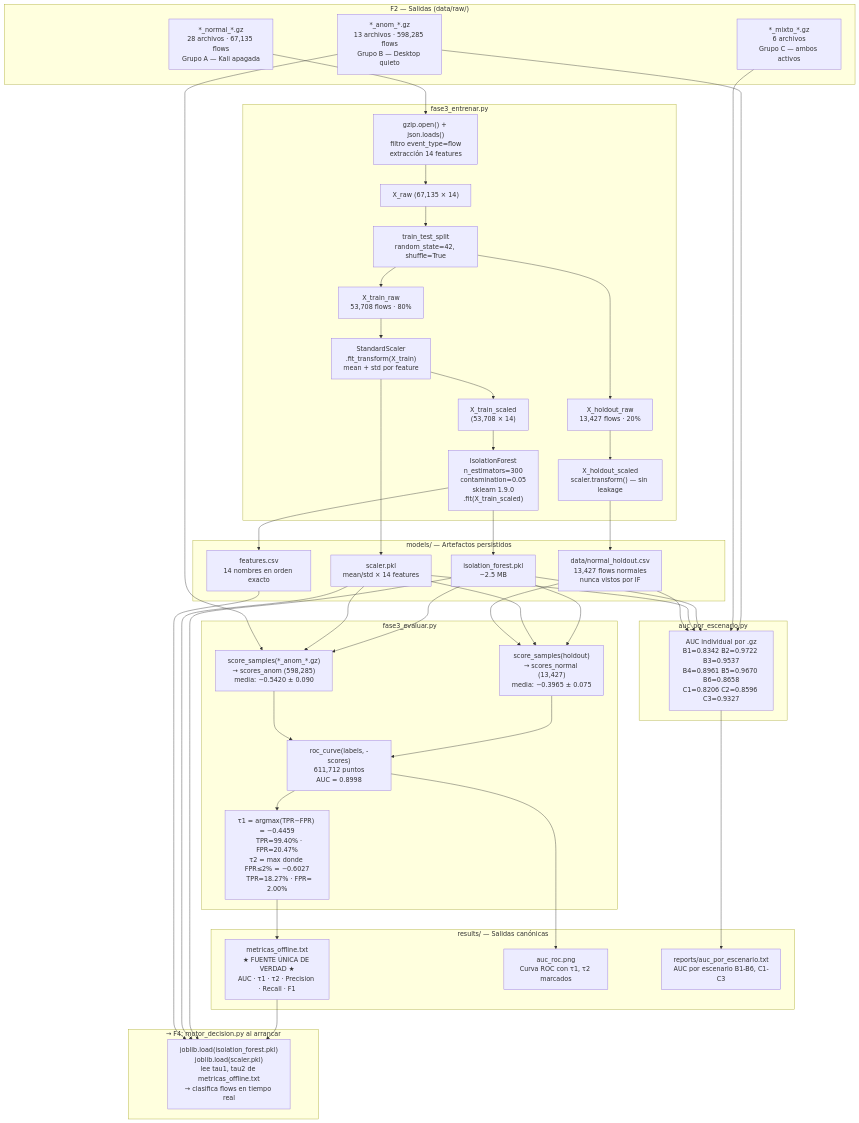
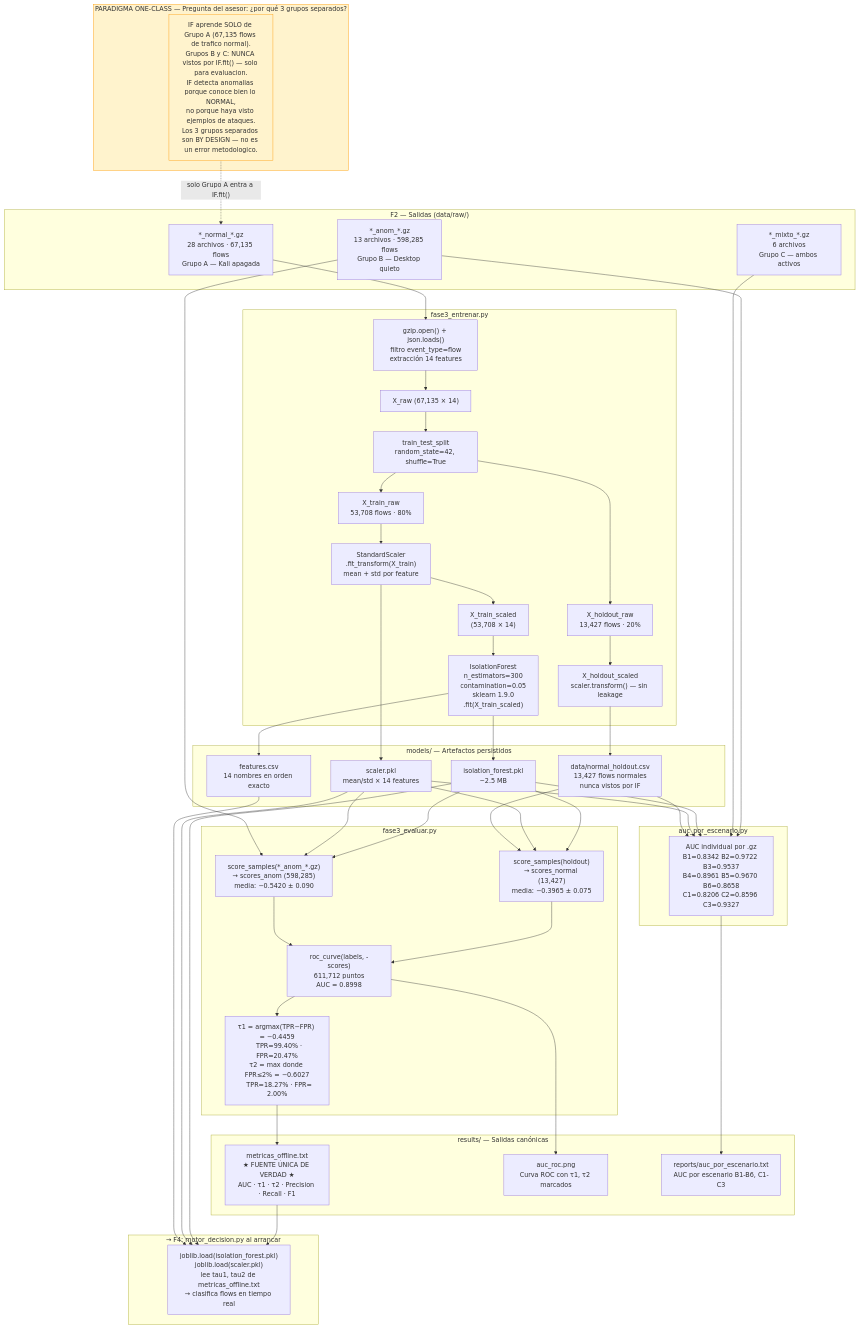
The diagram in docs/ppi_documentacion/F3_modelado_offline/F3_diagrama.drawio.md (marksato13/PRODUCTO-_INGENIERL), drawn with Mermaid before and after one commit. The commit also changed other lines of this file and 1 other file, not shown here.

First line of the commit message:
Add one-class paradigm callout to F2 and F3 diagrams for advisor feedback

````diff
--- a/docs/ppi_documentacion/F3_modelado_offline/F3_diagrama.drawio.md
+++ b/docs/ppi_documentacion/F3_modelado_offline/F3_diagrama.drawio.md
@@ -9,72 +9,79 @@
 ```mermaid
 flowchart TD
+    subgraph PARADIGMA["PARADIGMA ONE-CLASS — Pregunta del asesor: ¿por qué 3 grupos separados?"]
+        OC["IF aprende SOLO de Grupo A (67,135 flows de trafico normal).\nGrupos B y C: NUNCA vistos por IF.fit() — solo para evaluacion.\nIF detecta anomalias porque conoce bien lo NORMAL,\nno porque haya visto ejemplos de ataques.\nLos 3 grupos separados son BY DESIGN — no es un error metodologico."]
+    end
+
     subgraph F2out["F2 — Salidas (data/raw/)"]
         GA["*_normal_*.gz\n28 archivos · 67,135 flows\nGrupo A — Kali apagada"]
         GB["*_anom_*.gz\n13 archivos · 598,285 flows\nGrupo B — Desktop quieto"]
         GC["*_mixto_*.gz\n6 archivos\nGrupo C — ambos activos"]
     end
 
     subgraph F3a["fase3_entrenar.py"]
         READ["gzip.open() + json.loads()\nfiltro event_type=flow\nextracción 14 features"]
         XRAW["X_raw (67,135 × 14)"]
         SPLIT["train_test_split\nrandom_state=42, shuffle=True"]
         XTRAIN["X_train_raw\n53,708 flows · 80%"]
         XHOLD["X_holdout_raw\n13,427 flows · 20%"]
         SCALER["StandardScaler\n.fit_transform(X_train)\nmean + std por feature"]
         XTRS["X_train_scaled\n(53,708 × 14)"]
         XHOLDS["X_holdout_scaled\nscaler.transform() — sin leakage"]
         IF["IsolationForest\nn_estimators=300\ncontamination=0.05\nsklearn 1.9.0\n.fit(X_train_scaled)"]
     end
 
     subgraph PKL["models/ — Artefactos persistidos"]
         IFPKL["isolation_forest.pkl\n~2.5 MB"]
         SCALERPKL["scaler.pkl\nmean/std × 14 features"]
         FEATCSV["features.csv\n14 nombres en orden exacto"]
         HOLDOUT["data/normal_holdout.csv\n13,427 flows normales\nnunca vistos por IF"]
     end
 
     subgraph F3b["fase3_evaluar.py"]
         SCNORM["score_samples(holdout)\n→ scores_normal (13,427)\nmedia: −0.3965 ± 0.075"]
         SCANOM["score_samples(*_anom_*.gz)\n→ scores_anom (598,285)\nmedia: −0.5420 ± 0.090"]
         ROC["roc_curve(labels, -scores)\n611,712 puntos\nAUC = 0.8998"]
         TAU["τ1 = argmax(TPR−FPR) = −0.4459\n   TPR=99.40% · FPR=20.47%\nτ2 = max donde FPR≤2% = −0.6027\n   TPR=18.27% · FPR= 2.00%"]
     end
 
     subgraph F3c["auc_por_escenario.py"]
         AUCS["AUC individual por .gz\nB1=0.8342 B2=0.9722 B3=0.9537\nB4=0.8961 B5=0.9670 B6=0.8658\nC1=0.8206 C2=0.8596 C3=0.9327"]
     end
 
     subgraph OUT["results/ — Salidas canónicas"]
         MET["metricas_offline.txt\n★ FUENTE ÚNICA DE VERDAD ★\nAUC · τ1 · τ2 · Precision · Recall · F1"]
         AUCPNG["auc_roc.png\nCurva ROC con τ1, τ2 marcados"]
         AUCESC["reports/auc_por_escenario.txt\nAUC por escenario B1-B6, C1-C3"]
     end
 
     subgraph F4["→ F4: motor_decision.py al arrancar"]
         MOTOR["joblib.load(isolation_forest.pkl)\njoblib.load(scaler.pkl)\nlee tau1, tau2 de metricas_offline.txt\n→ clasifica flows en tiempo real"]
     end
 
     GA --> READ
     READ --> XRAW --> SPLIT
     SPLIT --> XTRAIN & XHOLD
     XTRAIN --> SCALER --> XTRS --> IF
     XHOLD --> XHOLDS
     IF --> IFPKL
     SCALER --> SCALERPKL
     IF --> FEATCSV
     XHOLDS --> HOLDOUT
 
     IFPKL & SCALERPKL --> SCNORM & SCANOM
     HOLDOUT --> SCNORM
     GB --> SCANOM
     SCNORM & SCANOM --> ROC --> TAU --> MET
     ROC --> AUCPNG
 
     GB & GC --> AUCS
     IFPKL & SCALERPKL --> AUCS
     HOLDOUT --> AUCS
     AUCS --> AUCESC
 
     MET --> MOTOR
     IFPKL & SCALERPKL & FEATCSV --> MOTOR
+    OC -. "solo Grupo A entra a IF.fit()" .-> GA
+    style PARADIGMA fill:#fff3cd,stroke:#ff9900
+    style OC fill:#fff3cd,stroke:#ff9900
 ```
````
